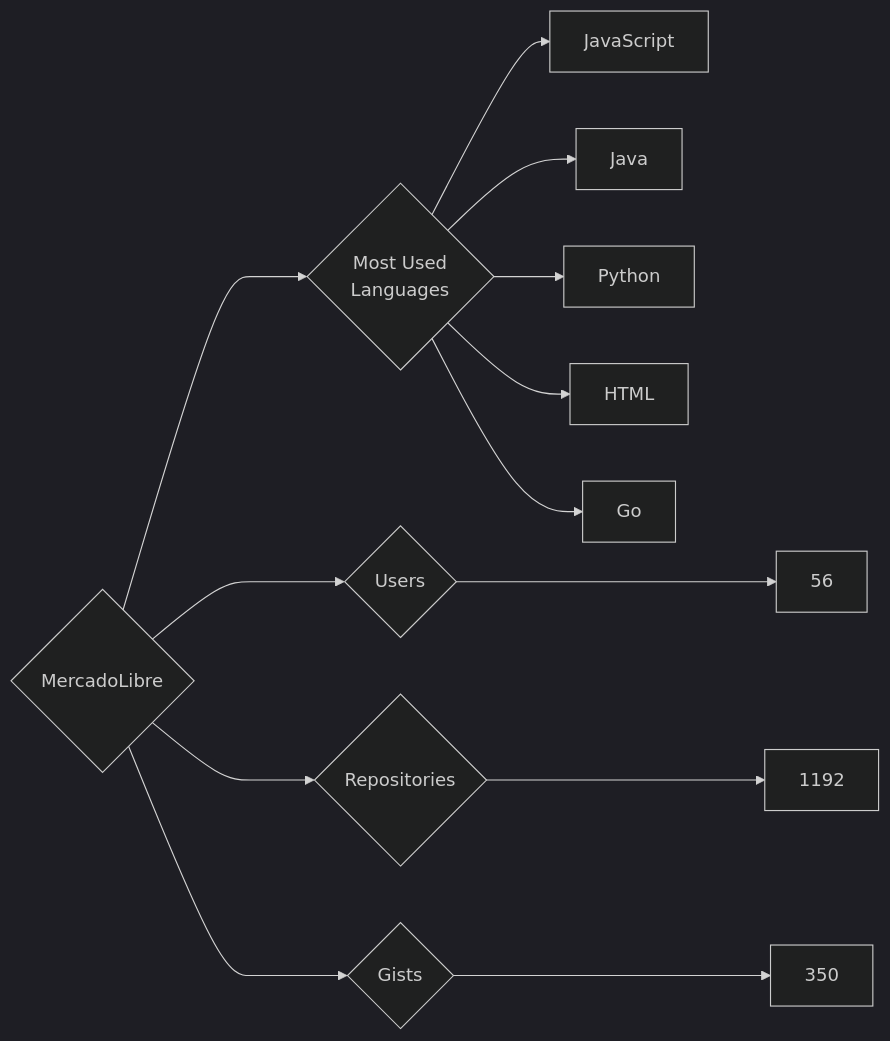
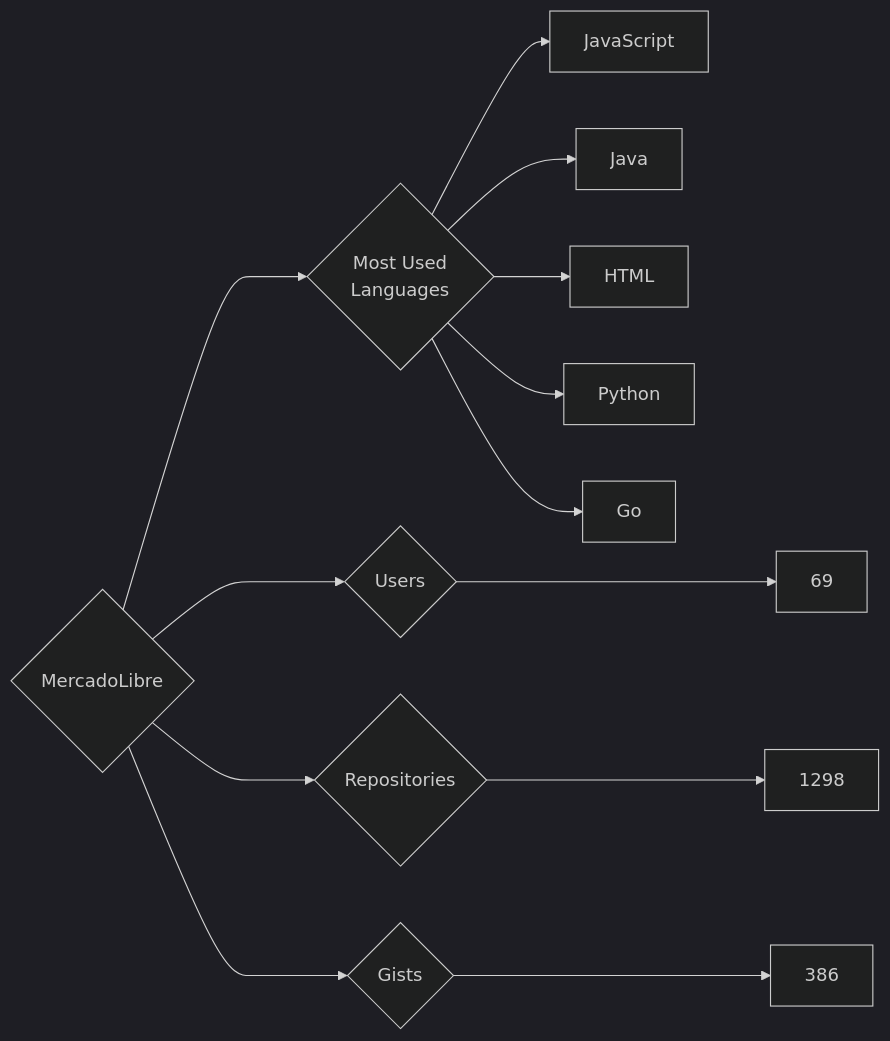
One commit to trickest/insiders changed the diagram in targets/MercadoLibre/README.md. Above: the diagram before and after it, drawn with Mermaid (dark theme). The commit also changed 681 other files, not shown here.

````diff
--- a/targets/MercadoLibre/README.md
+++ b/targets/MercadoLibre/README.md
@@ -3,13 +3,13 @@
 ```mermaid
 graph LR
 COMPANY_NAME{MercadoLibre}
-COMPANY_NAME ---> U{Users} ---> UN[56]
-COMPANY_NAME ---> R{Repositories} ---> RN[1192]
-COMPANY_NAME ---> G{Gists} ---> GN[350]
+COMPANY_NAME ---> U{Users} ---> UN[69]
+COMPANY_NAME ---> R{Repositories} ---> RN[1298]
+COMPANY_NAME ---> G{Gists} ---> GN[386]
 COMPANY_NAME ---> ML{Most Used<br>Languages}
 ML --> JavaScript[JavaScript]
 ML --> Java[Java]
+ML --> HTML[HTML]
 ML --> Python[Python]
-ML --> HTML[HTML]
 ML --> Go[Go]
 ```
````
